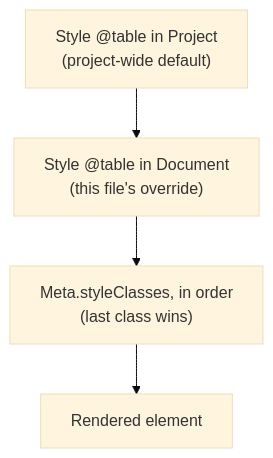
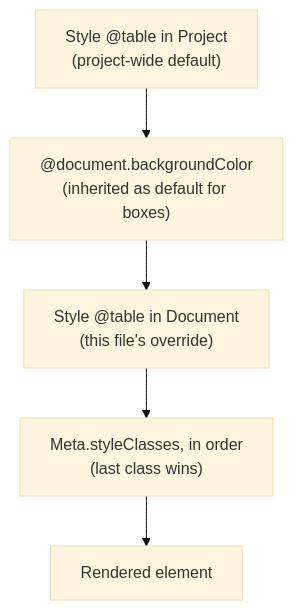
Before and after one commit to skema-lang/skema-lang: the diagram in docs/src/03-meta-and-style.md, drawn with Mermaid (base theme). The commit also changed other lines of this file, not shown here.

First line of the commit message:
docs(41): document @document backgroundColor inheritance in Cascade section

````diff
--- a/docs/src/03-meta-and-style.md
+++ b/docs/src/03-meta-and-style.md
@@ -95,6 +96,7 @@
 ```mermaid
 flowchart TB
-    A["Style @table in Project<br/>(project-wide default)"] --> B["Style @table in Document<br/>(this file's override)"]
-    B --> C["Meta.styleClasses, in order<br/>(last class wins)"]
-    C --> D["Rendered element"]
+    A["Style @table in Project<br/>(project-wide default)"] --> B["@document.backgroundColor<br/>(inherited as default for boxes)"]
+    B --> C["Style @table in Document<br/>(this file's override)"]
+    C --> D["Meta.styleClasses, in order<br/>(last class wins)"]
+    D --> E["Rendered element"]
 ```
````
